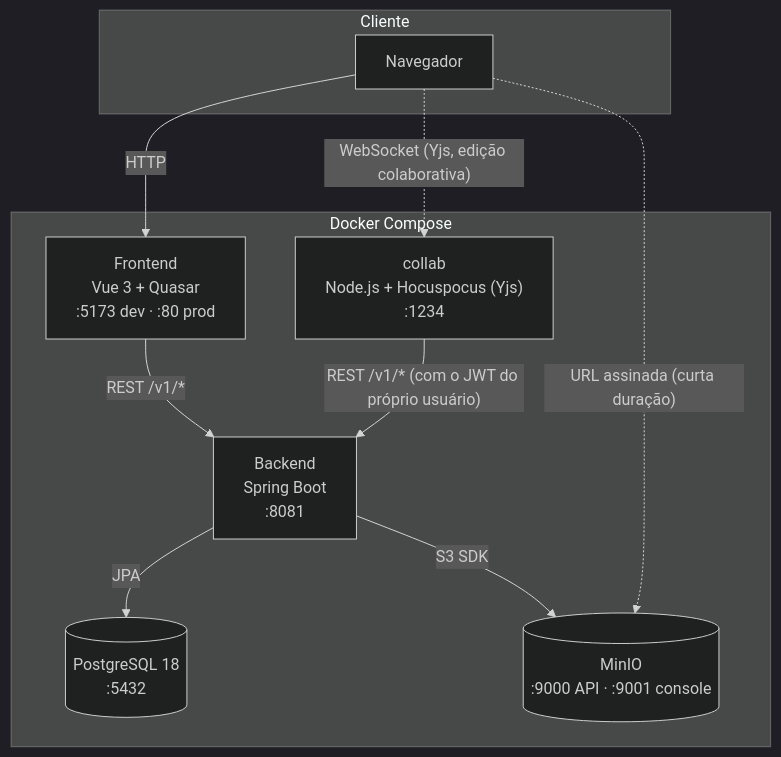
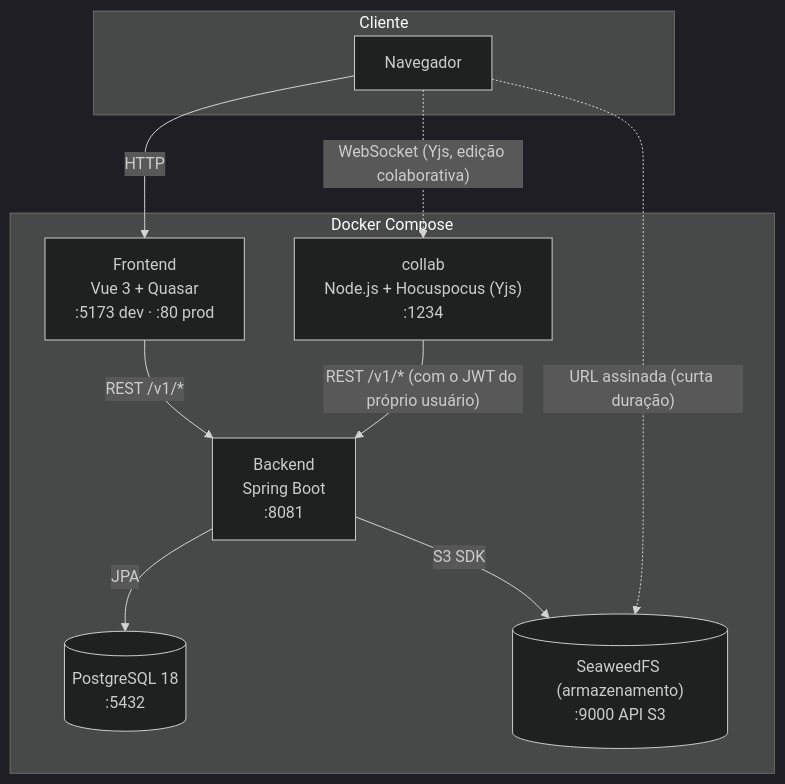
Before and after one commit to danielchipolesch/fab-legis: the diagram in docs/arquitetura.md, drawn with Mermaid (dark theme). The commit also changed other lines of this file and 92 other files, not shown here.

````diff
--- a/docs/arquitetura.md
+++ b/docs/arquitetura.md
@@ -5,22 +5,22 @@
 ```mermaid
 graph TB
     subgraph Cliente
         B[Navegador]
     end
 
     subgraph "Docker Compose"
         F["Frontend<br/>Vue 3 + Quasar<br/>:5173 dev · :80 prod"]
         A["Backend<br/>Spring Boot<br/>:8081"]
         C["collab<br/>Node.js + Hocuspocus (Yjs)<br/>:1234"]
         P[("PostgreSQL 18<br/>:5432")]
-        M[("MinIO<br/>:9000 API · :9001 console")]
+        M[("SeaweedFS (armazenamento)<br/>:9000 API S3")]
     end
 
     B -->|HTTP| F
     F -->|"REST /v1/*"| A
     A -->|JPA| P
     A -->|"S3 SDK"| M
     B -.->|"URL assinada (curta duração)"| M
     B -.->|"WebSocket (Yjs, edição colaborativa)"| C
     C -->|"REST /v1/* (com o JWT do próprio usuário)"| A
 ```
````
